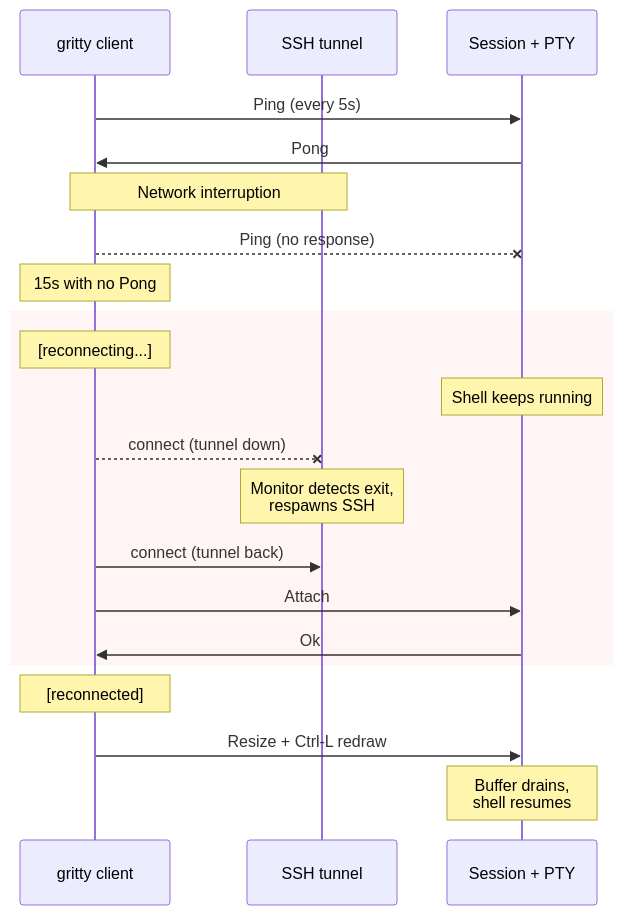
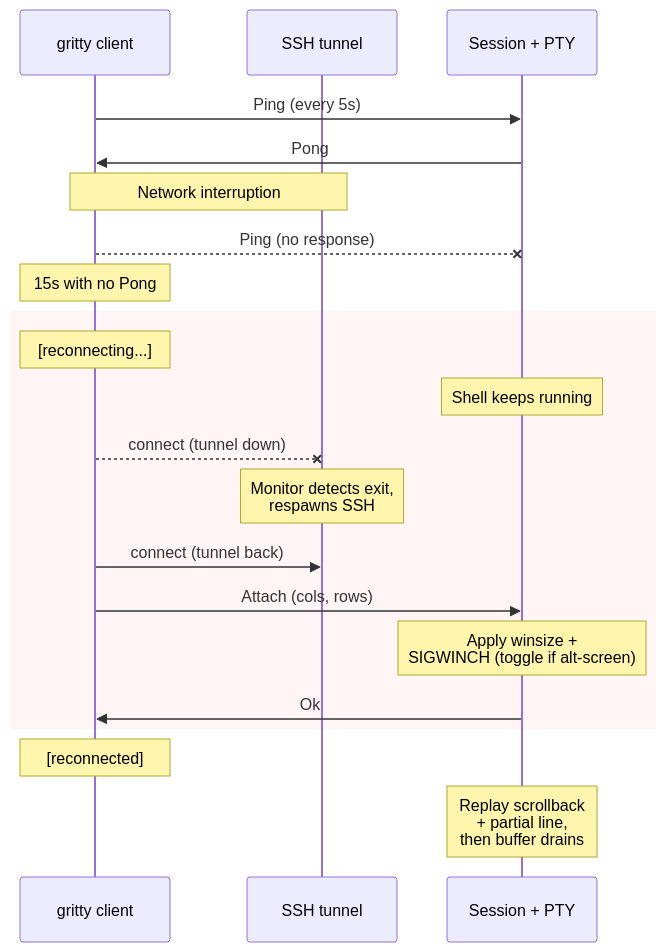
The second of 3 diagrams in ARCHITECTURE.md (chipturner/gritty), drawn with Mermaid before and after one commit. The commit also changed 12 other files, not shown here.

First line of the commit message:
fix: apply client winsize before reconnect replay and force TUI redraw

````diff
--- a/ARCHITECTURE.md
+++ b/ARCHITECTURE.md
@@ -38,27 +38,27 @@
 ```mermaid
 sequenceDiagram
     participant C as gritty client
     participant T as SSH tunnel
     participant S as Session + PTY
 
     C->>S: Ping (every 5s)
     S->>C: Pong
 
     Note over C,T: Network interruption
     C--xS: Ping (no response)
     Note over C: 15s with no Pong
 
     rect rgb(255, 245, 245)
     Note over C: [reconnecting...]
     Note over S: Shell keeps running
     C--xT: connect (tunnel down)
     Note over T: Monitor detects exit,<br/>respawns SSH
     C->>T: connect (tunnel back)
-    C->>S: Attach
+    C->>S: Attach (cols, rows)
+    Note over S: Apply winsize +<br/>SIGWINCH (toggle if alt-screen)
     S->>C: Ok
     end
 
     Note over C: [reconnected]
-    C->>S: Resize + Ctrl-L redraw
-    Note over S: Buffer drains,<br/>shell resumes
+    Note over S: Replay scrollback<br/>+ partial line,<br/>then buffer drains
 ```
````
